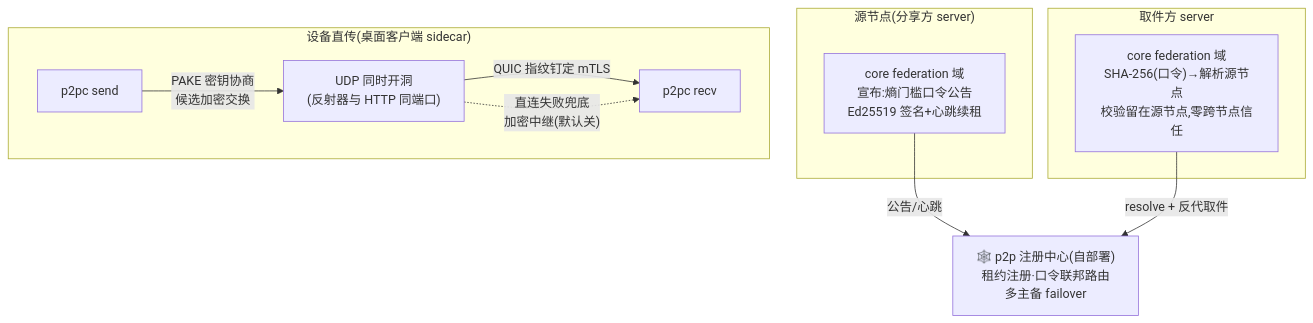
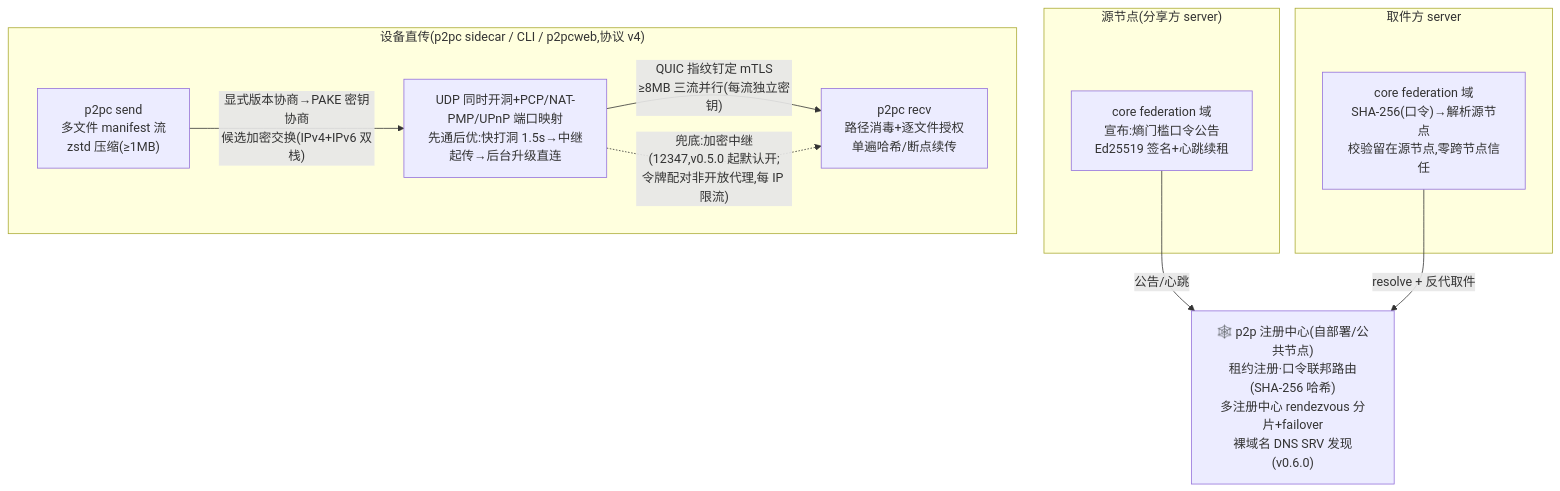
Before and after one commit to filescodebox/FilesCodeBox: the seventh of 10 diagrams in docs/architecture.md, drawn with Mermaid. The commit also changed other lines of this file, not shown here.

Commit message:
docs(architecture): 文档对码 2026-10-10——生态全景/依赖图对齐前端拆仓与 NAS 原生形态(qnap/fnos),版本对齐 1.15.0 列车;core 分层 request 域 IDL 化收编;p2p 协议 v4 数据流;fnOS 原生进程形态重画;部署对比增 qnap 列;发布流水线改发布列车叙事;修 5.2 引用块误入 mermaid 围栏

````diff
--- a/docs/architecture.md
+++ b/docs/architecture.md
@@ -246,17 +249,17 @@
 ```mermaid
 flowchart TB
     subgraph SRC["源节点(分享方 server)"]
         FED1["core federation 域<br/>宣布:熵门槛口令公告<br/>Ed25519 签名+心跳续租"]
     end
-    R["🕸️ p2p 注册中心(自部署)<br/>租约注册·口令联邦路由<br/>多主备 failover"]
+    R["🕸️ p2p 注册中心(自部署/公共节点)<br/>租约注册·口令联邦路由(SHA-256 哈希)<br/>多注册中心 rendezvous 分片+failover<br/>裸域名 DNS SRV 发现(v0.6.0)"]
     FED1 -->|"公告/心跳"| R
     subgraph DST["取件方 server"]
         FED2["core federation 域<br/>SHA-256(口令)→解析源节点<br/>校验留在源节点,零跨节点信任"]
     end
     FED2 -->|"resolve + 反代取件"| R
-    subgraph P2PC["设备直传(桌面客户端 sidecar)"]
-        S1["p2pc send"] -->|"PAKE 密钥协商<br/>候选加密交换"| HOLE["UDP 同时开洞<br/>(反射器与 HTTP 同端口)"]
-        HOLE -->|"QUIC 指纹钉定 mTLS"| S2["p2pc recv"]
-        HOLE -.->|"直连失败兜底<br/>加密中继(默认关)"| S2
+    subgraph P2PC["设备直传(p2pc sidecar / CLI / p2pcweb,协议 v4)"]
+        S1["p2pc send<br/>多文件 manifest 流<br/>zstd 压缩(≥1MB)"] -->|"显式版本协商→PAKE 密钥协商<br/>候选加密交换(IPv4+IPv6 双栈)"| HOLE["UDP 同时开洞+PCP/NAT-PMP/UPnP 端口映射<br/>先通后优:快打洞 1.5s→中继起传→后台升级直连"]
+        HOLE -->|"QUIC 指纹钉定 mTLS<br/>≥8MB 三流并行(每流独立密钥)"| S2["p2pc recv<br/>路径消毒+逐文件授权<br/>单遍哈希/断点续传"]
+        HOLE -.->|"兜底:加密中继(12347,v0.5.0 起默认开;<br/>令牌配对非开放代理,每 IP 限流)"| S2
     end
 ```
````
